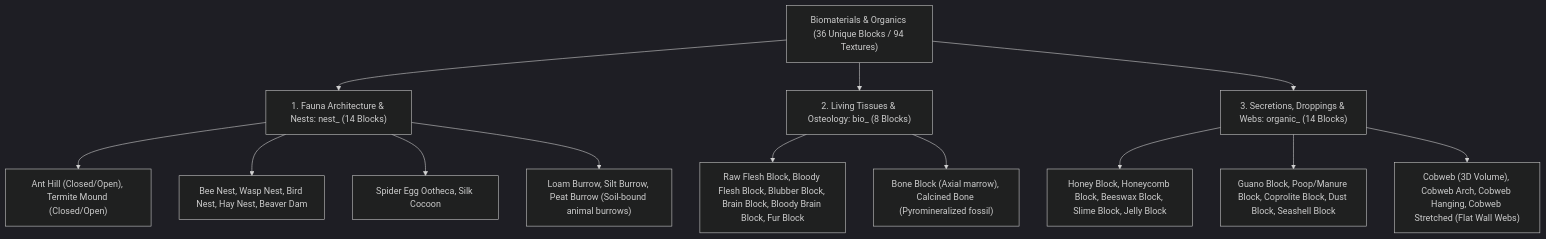
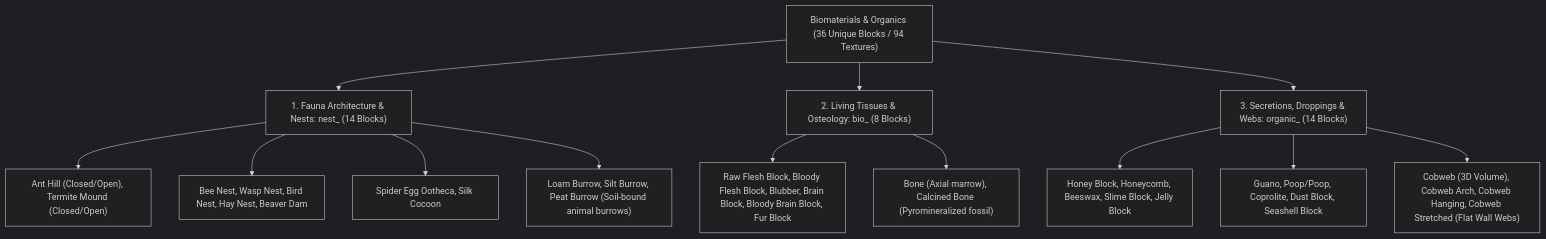
The diagram in docs/worldbuilding/blocks/organics_design.md (gabrtzweb/VoxelGameEngine), drawn with Mermaid (dark theme) before and after one commit. The commit also changed other lines of this file and 39 other files, not shown here.

````diff
--- a/docs/worldbuilding/blocks/organics_design.md
+++ b/docs/worldbuilding/blocks/organics_design.md
@@ -18,18 +18,18 @@
 ```mermaid
 graph TD
     O["Biomaterials & Organics (36 Unique Blocks / 94 Textures)"] --> A["1. Fauna Architecture & Nests: nest_ (14 Blocks)"]
     O --> B["2. Living Tissues & Osteology: bio_ (8 Blocks)"]
     O --> C["3. Secretions, Droppings & Webs: organic_ (14 Blocks)"]
 
     A --> A1["Ant Hill (Closed/Open), Termite Mound (Closed/Open)"]
     A --> A2["Bee Nest, Wasp Nest, Bird Nest, Hay Nest, Beaver Dam"]
     A --> A3["Spider Egg Ootheca, Silk Cocoon"]
     A --> A4["Loam Burrow, Silt Burrow, Peat Burrow (Soil-bound animal burrows)"]
 
-    B --> B1["Raw Flesh Block, Bloody Flesh Block, Blubber Block, Brain Block, Bloody Brain Block, Fur Block"]
-    B --> B2["Bone Block (Axial marrow), Calcined Bone (Pyromineralized fossil)"]
+    B --> B1["Raw Flesh Block, Bloody Flesh Block, Blubber, Brain Block, Bloody Brain Block, Fur Block"]
+    B --> B2["Bone (Axial marrow), Calcined Bone (Pyromineralized fossil)"]
 
-    C --> C1["Honey Block, Honeycomb Block, Beeswax Block, Slime Block, Jelly Block"]
-    C --> C2["Guano Block, Poop/Manure Block, Coprolite Block, Dust Block, Seashell Block"]
+    C --> C1["Honey Block, Honeycomb, Beeswax, Slime Block, Jelly Block"]
+    C --> C2["Guano, Poop/Poop, Coprolite, Dust Block, Seashell Block"]
     C --> C3["Cobweb (3D Volume), Cobweb Arch, Cobweb Hanging, Cobweb Stretched (Flat Wall Webs)"]
 ```
````
